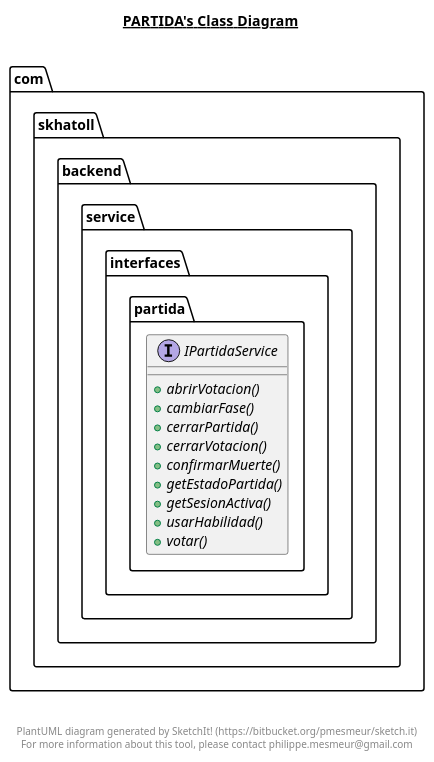
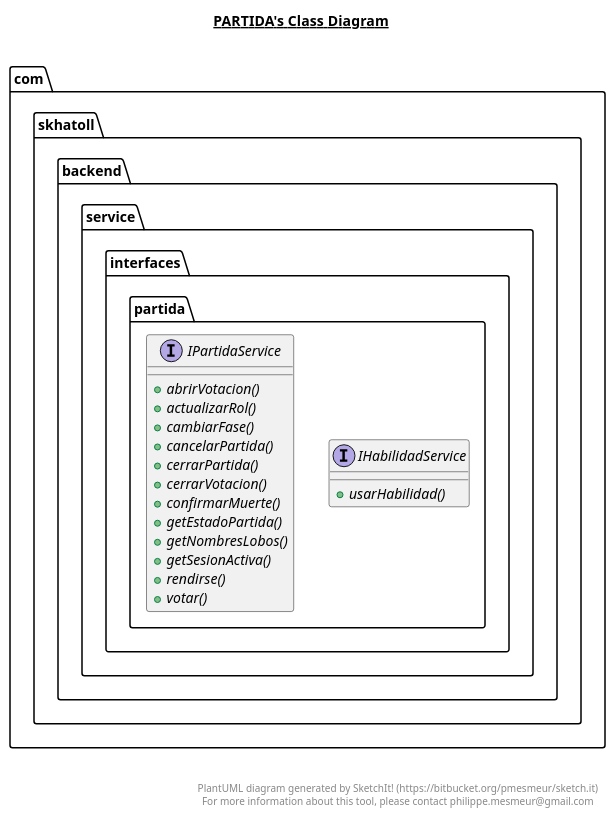
The diagram in backend/src/main/java/com/skhatoll/backend/service/interfaces/partida/partida.plantuml (David-GutSal/Skhatoll), drawn with PlantUML before and after one commit. The commit also changed 18 other files, not shown here.

```diff
--- a/backend/src/main/java/com/skhatoll/backend/service/interfaces/partida/partida.plantuml
+++ b/backend/src/main/java/com/skhatoll/backend/service/interfaces/partida/partida.plantuml
@@ -1,31 +1,43 @@
 @startuml
 
 title __PARTIDA's Class Diagram__\n
 
   namespace com.skhatoll.backend {
     namespace service.interfaces.partida {
+      interface com.skhatoll.backend.service.interfaces.partida.IHabilidadService {
+          {abstract} + usarHabilidad()
+      }
+    }
+  }
+  
+
+  namespace com.skhatoll.backend {
+    namespace service.interfaces.partida {
       interface com.skhatoll.backend.service.interfaces.partida.IPartidaService {
           {abstract} + abrirVotacion()
+          {abstract} + actualizarRol()
           {abstract} + cambiarFase()
+          {abstract} + cancelarPartida()
           {abstract} + cerrarPartida()
           {abstract} + cerrarVotacion()
           {abstract} + confirmarMuerte()
           {abstract} + getEstadoPartida()
+          {abstract} + getNombresLobos()
           {abstract} + getSesionActiva()
-          {abstract} + usarHabilidad()
+          {abstract} + rendirse()
           {abstract} + votar()
       }
     }
   }
   
 
 
 
 right footer
 
 
 PlantUML diagram generated by SketchIt! (https://bitbucket.org/pmesmeur/sketch.it)
 For more information about this tool, please contact philippe.mesmeur@gmail.com
 endfooter
 
 @enduml
```
